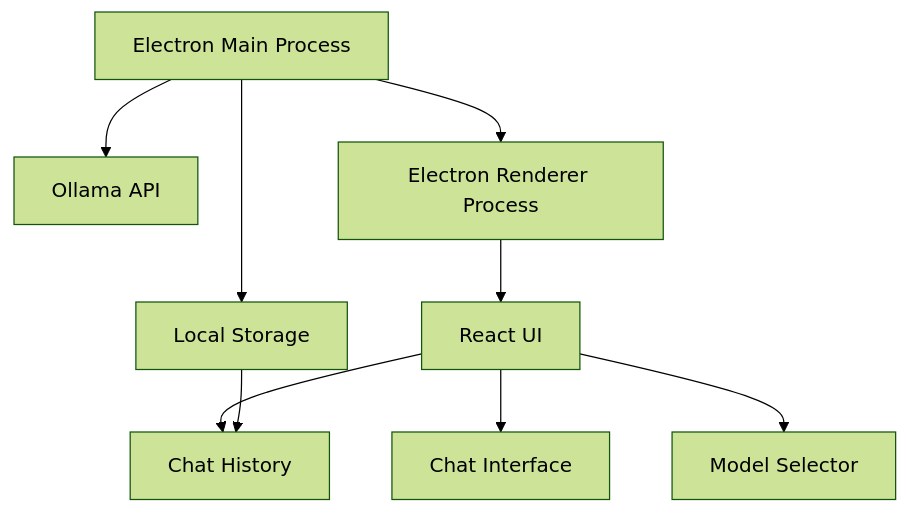
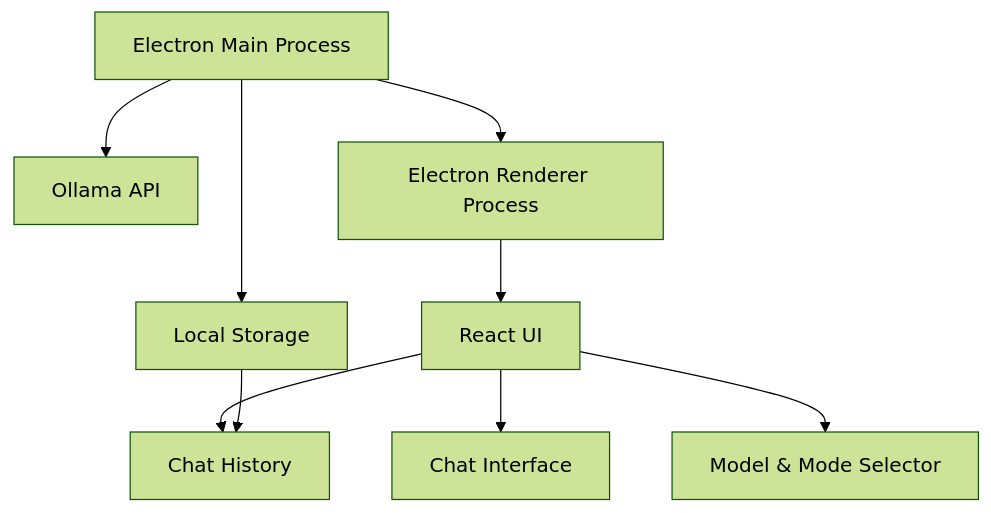
One commit to trevadelman/local-chat changed the diagram in README.md. Above: the diagram before and after it, drawn with Mermaid (forest theme). The commit also changed other lines of this file and 2 other files, not shown here.

First line of the commit message:
docs: update readme and roadmap

````diff
--- a/README.md
+++ b/README.md
@@ -60,11 +69,11 @@
 ```mermaid
 graph TD
     A[Electron Main Process] --> B[Ollama API]
     A --> C[Local Storage]
     A --> D[Electron Renderer Process]
     D --> E[React UI]
     E --> F[Chat Interface]
-    E --> G[Model Selector]
+    E --> G[Model & Mode Selector]
     E --> H[Chat History]
     C --> H
 ```
````
